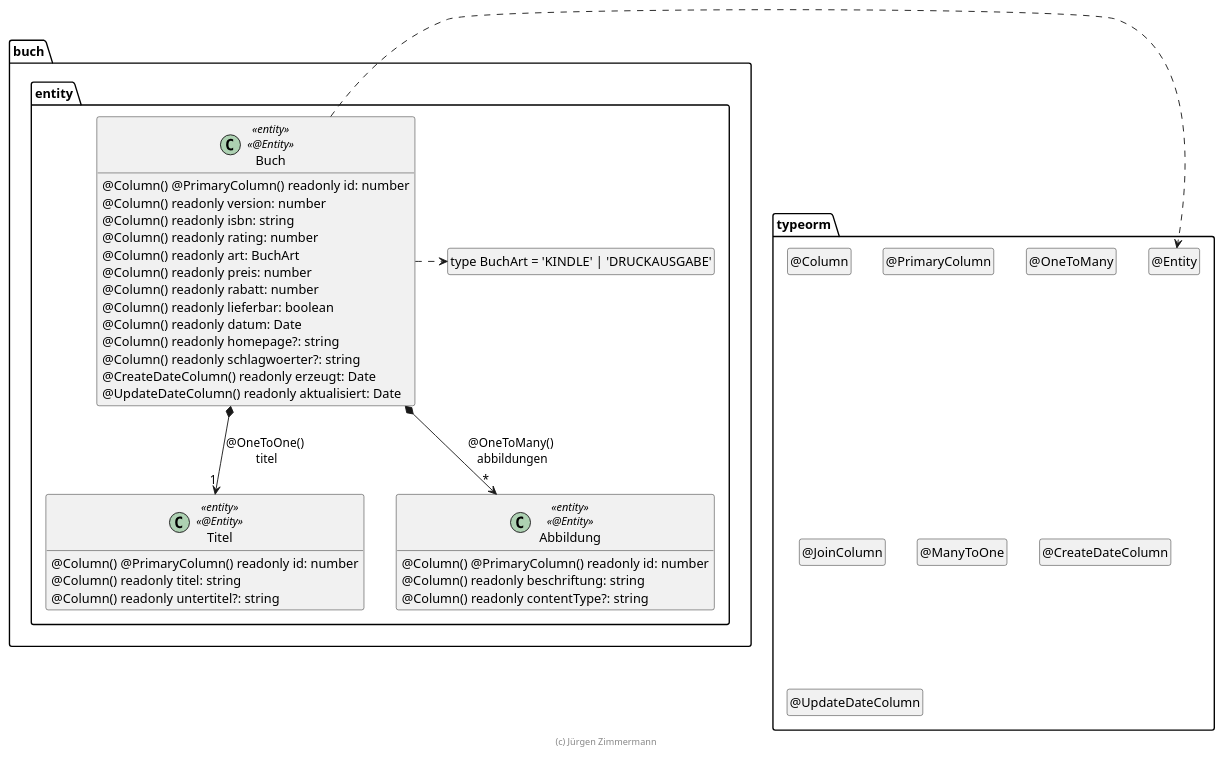
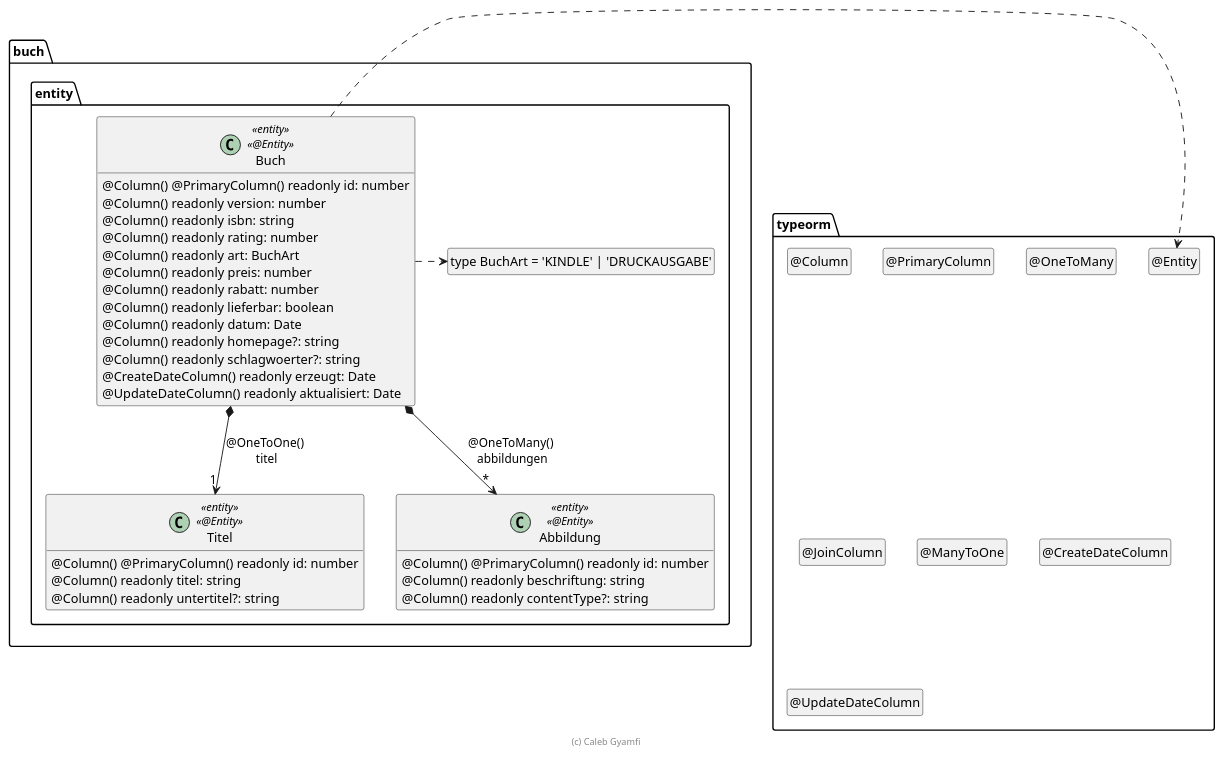
Before and after one commit to Caleb-Script/buch-verwaltung: the diagram in backend/.extras/doc/projekthandbuch/Buch.plantuml, drawn with PlantUML. The commit also changed other lines of this file and 152 other files, not shown here.

```diff
--- a/backend/.extras/doc/projekthandbuch/Buch.plantuml
+++ b/backend/.extras/doc/projekthandbuch/Buch.plantuml
@@ -18,65 +18,65 @@
 @startuml Entity
 
 package typeorm {
   class "@Entity" as Entity
   hide Entity circle
   class "@Column" as Column
   hide Column circle
   class "@PrimaryColumn" as PrimaryColumn
   hide PrimaryColumn circle
   class "@OneToMany" as OneToMany
   hide OneToMany circle
   class "@JoinColumn" as JoinColumn
   hide JoinColumn circle
   class "@ManyToOne" as ManyToOne
   hide ManyToOne circle
   class "@CreateDateColumn" as CreateDateColumn
   hide CreateDateColumn circle
   class "@UpdateDateColumn" as UpdateDateColumn
   hide UpdateDateColumn circle
 }
 
 package buch.entity {
   class "type BuchArt = 'KINDLE' | 'DRUCKAUSGABE'" as BuchArt
   hide BuchArt circle
 
   class Buch <<entity>> <<@Entity>> {
     @Column() @PrimaryColumn() readonly id: number
     @Column() readonly version: number
     @Column() readonly isbn: string
     @Column() readonly rating: number
     @Column() readonly art: BuchArt
     @Column() readonly preis: number
     @Column() readonly rabatt: number
     @Column() readonly lieferbar: boolean
     @Column() readonly datum: Date
     @Column() readonly homepage?: string
     @Column() readonly schlagwoerter?: string
     @CreateDateColumn() readonly erzeugt: Date
     @UpdateDateColumn() readonly aktualisiert: Date
   }
 
   class Titel <<entity>> <<@Entity>> {
     @Column() @PrimaryColumn() readonly id: number
     @Column() readonly titel: string
     @Column() readonly untertitel?: string
   }
 
   class Abbildung <<entity>> <<@Entity>> {
     @Column() @PrimaryColumn() readonly id: number
     @Column() readonly beschriftung: string
     @Column() readonly contentType?: string
   }
 
   Buch *--> "1" Titel : @OneToOne() \ntitel
   Buch *--> "*" Abbildung : @OneToMany() \nabbildungen
 
   Buch .right.> Entity
   Buch .right.> BuchArt
 }
 
 hide empty members
 
-footer (c) Jürgen Zimmermann
+footer (c) Caleb Gyamfi
 
 @enduml
```
